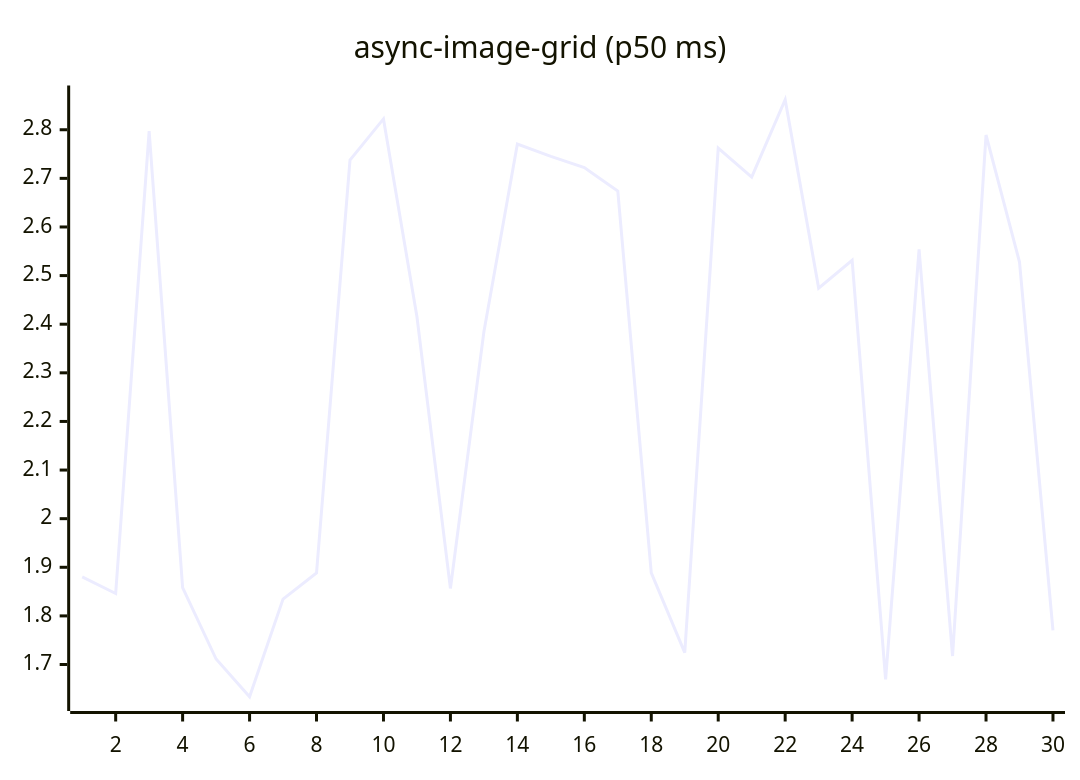
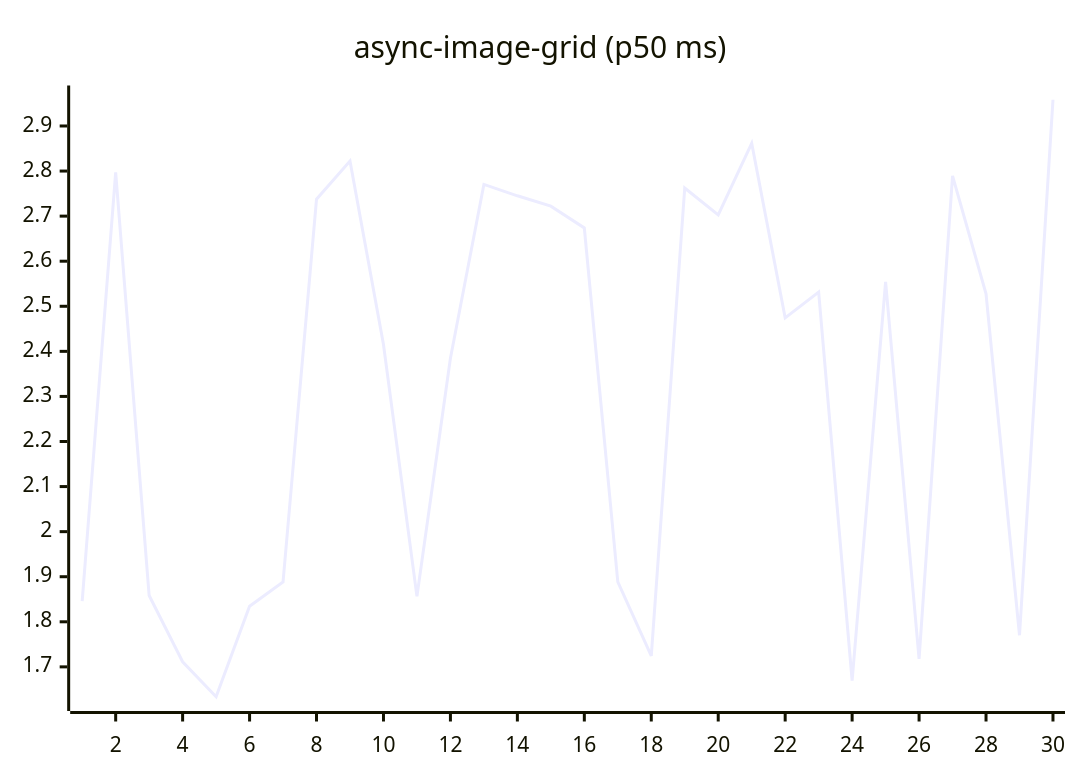
The fifth of 27 diagrams in README.md (josha/Facet), drawn with Mermaid before and after one commit. The commit also changed other lines of this file and 2 other files, not shown here.

````diff
--- a/README.md
+++ b/README.md
@@ -91,6 +91,6 @@
 ```mermaid
 xychart-beta
     title "async-image-grid (p50 ms)"
     x-axis 1 --> 30
-    line [1.8801, 1.8461, 2.7970, 1.8583, 1.7113, 1.6337, 1.8346, 1.8885, 2.7375, 2.8223, 2.4153, 1.8565, 2.3845, 2.7705, 2.7451, 2.7222, 2.6737, 1.8884, 1.7244, 2.7624, 2.7026, 2.8617, 2.4742, 2.5316, 1.6696, 2.5539, 1.7175, 2.7892, 2.5277, 1.7701]
+    line [1.8461, 2.7970, 1.8583, 1.7113, 1.6337, 1.8346, 1.8885, 2.7375, 2.8223, 2.4153, 1.8565, 2.3845, 2.7705, 2.7451, 2.7222, 2.6737, 1.8884, 1.7244, 2.7624, 2.7026, 2.8617, 2.4742, 2.5316, 1.6696, 2.5539, 1.7175, 2.7892, 2.5277, 1.7701, 2.9582]
 ```
````
